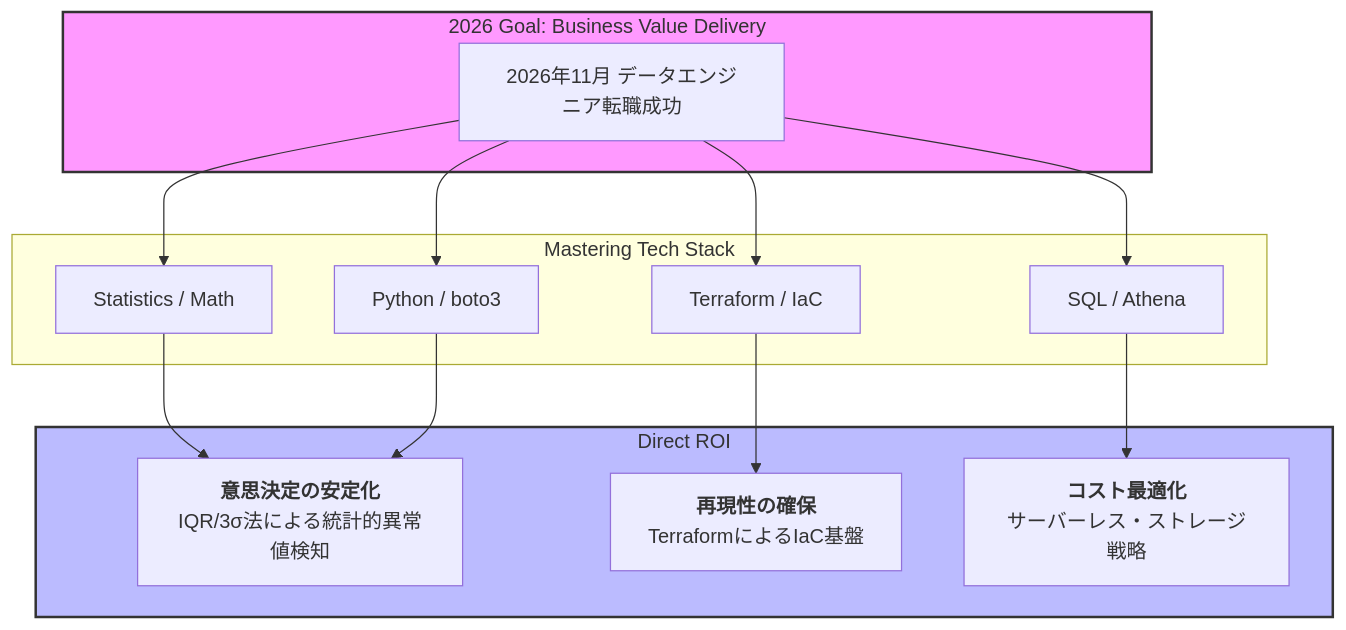
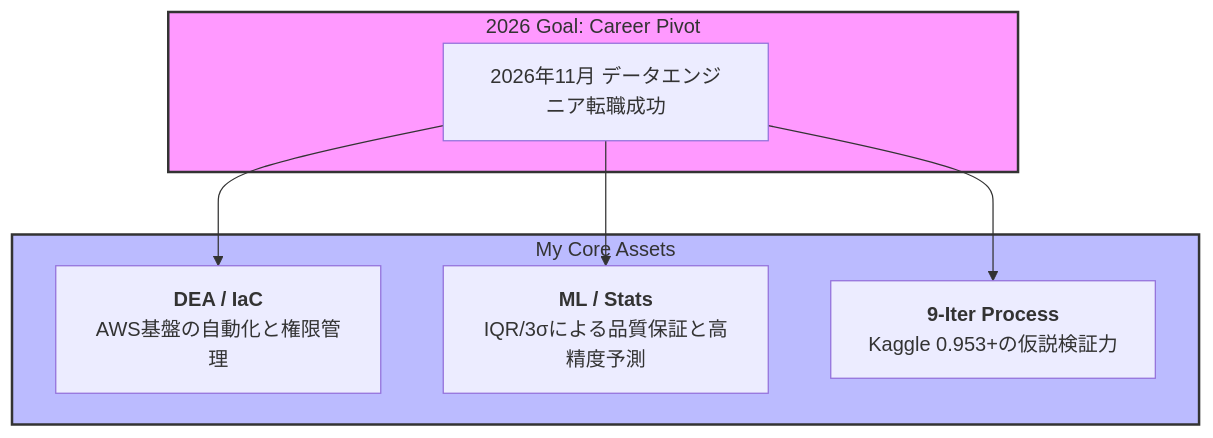
One commit to kou-sato-ds/kou-sato-ds changed the diagram in README.md. Above: the diagram before and after it, drawn with Mermaid. The commit also changed other lines of this file, not shown here.

`````diff
--- a/README.md
+++ b/README.md
@@ -21,29 +21,17 @@
 ```mermaid
-
 graph TD
-    subgraph Goal [2026 Goal: Business Value Delivery]
+    subgraph Goal [2026 Goal: Career Pivot]
         G1[2026年11月 データエンジニア転職成功]
     end
 
-    subgraph Tech_Stack [Mastering Tech Stack]
-        T1[Python / boto3]
-        T2[SQL / Athena]
-        T3[Terraform / IaC]
-        T4[Statistics / Math]
+    subgraph Achievements [My Core Assets]
+        A1[<b>DEA / IaC</b><br/>AWS基盤の自動化と権限管理]
+        A2[<b>ML / Stats</b><br/>IQR/3σによる品質保証と高精度予測]
+        A3[<b>9-Iter Process</b><br/>Kaggle 0.953+の仮説検証力]
     end
 
-    subgraph Business_Value [Direct ROI]
-        V1[<b>意思決定の安定化</b><br/>IQR/3σ法による統計的異常値検知]
-        V2[<b>再現性の確保</b><br/>TerraformによるIaC基盤]
-        V3[<b>コスト最適化</b><br/>サーバーレス・ストレージ戦略]
-    end
-
-    G1 --> T4 --> V1
-    G1 --> T1 --> V1
-    G1 --> T3 --> V2
-    G1 --> T2 --> V3
+    G1 --> A1 & A2 & A3
 
     style Goal fill:#f9f,stroke:#333,stroke-width:2px
-    style Business_Value fill:#bbf,stroke:#333,stroke-width:2px
-
-````
+    style Achievements fill:#bbf,stroke:#333,stroke-width:2px
+```
`````
